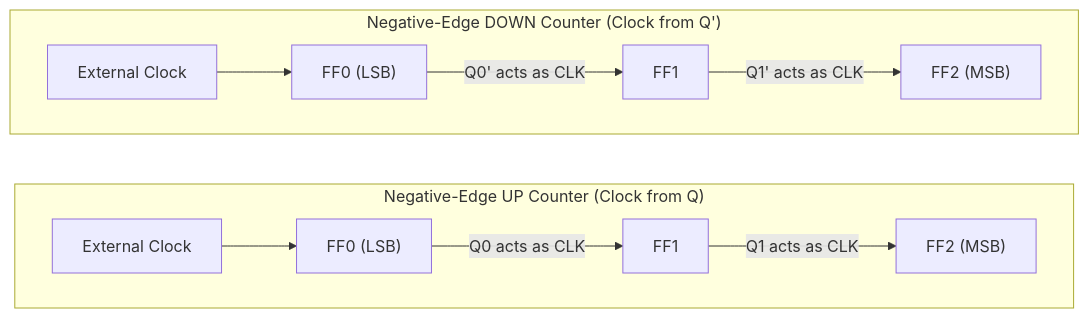
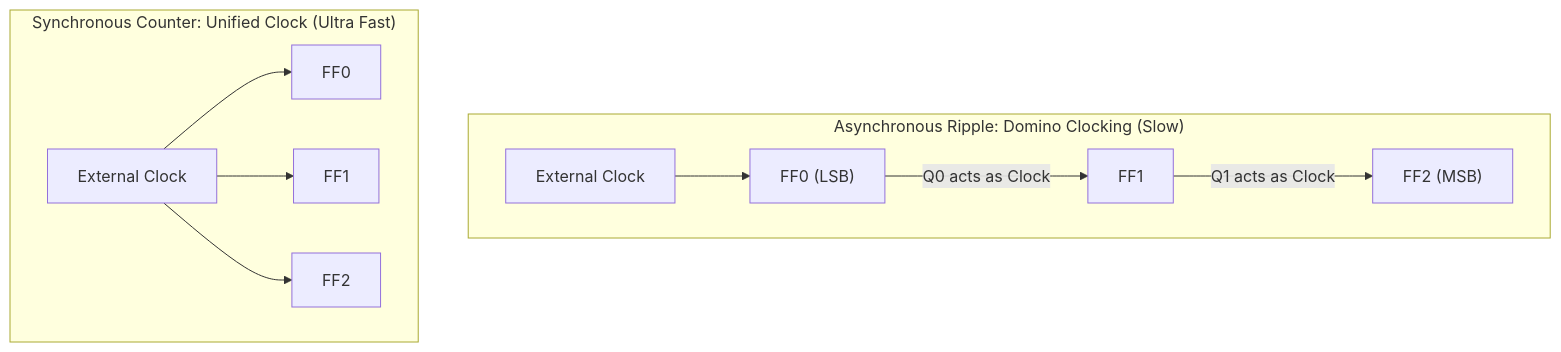
One commit to AnkitSinghGTHB/Fall2627 changed the first of 6 diagrams in DLD/notes/cat2/cat2-hots-module4-registers-counters-fsm.md. Above: the diagram before and after it, drawn with Mermaid. The commit also changed other lines of this file and 1 other file, not shown here.

Commit message:
feat(dld): add complete flip-flop schematics, conversions, ripple/synchronous counter circuits, and FSM architectures

````diff
--- a/DLD/notes/cat2/cat2-hots-module4-registers-counters-fsm.md
+++ b/DLD/notes/cat2/cat2-hots-module4-registers-counters-fsm.md
@@ -13,16 +21,14 @@
 ```mermaid
-graph LR
-    subgraph UP_Counter ["Negative-Edge UP Counter (Clock from Q)"]
-    direction LR
-    CLK1["External Clock"] --> FF0_U["FF0 (LSB)"]
-    FF0_U -->|"Q0 acts as CLK"| FF1_U["FF1"]
-    FF1_U -->|"Q1 acts as CLK"| FF2_U["FF2 (MSB)"]
+graph TD
+    subgraph Asynch_Ripple ["Asynchronous Ripple: Domino Clocking (Slow)"]
+    CLK_EXT1["External Clock"] --> FFA["FF0 (LSB)"]
+    FFA -->|"Q0 acts as Clock"| FFB["FF1"]
+    FFB -->|"Q1 acts as Clock"| FFC["FF2 (MSB)"]
     end
 
-    subgraph DOWN_Counter ["Negative-Edge DOWN Counter (Clock from Q')"]
-    direction LR
-    CLK2["External Clock"] --> FF0_D["FF0 (LSB)"]
-    FF0_D -->|"Q0' acts as CLK"| FF1_D["FF1"]
-    FF1_D -->|"Q1' acts as CLK"| FF2_D["FF2 (MSB)"]
+    subgraph Synch_Clock ["Synchronous Counter: Unified Clock (Ultra Fast)"]
+    CLK_EXT2["External Clock"] --> FF0_S["FF0"]
+    CLK_EXT2 --> FF1_S["FF1"]
+    CLK_EXT2 --> FF2_S["FF2"]
     end
 ```
````
